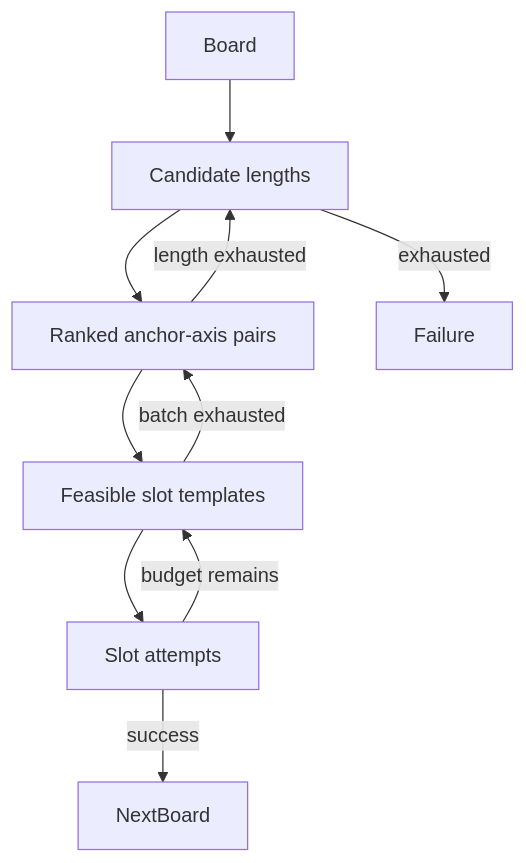
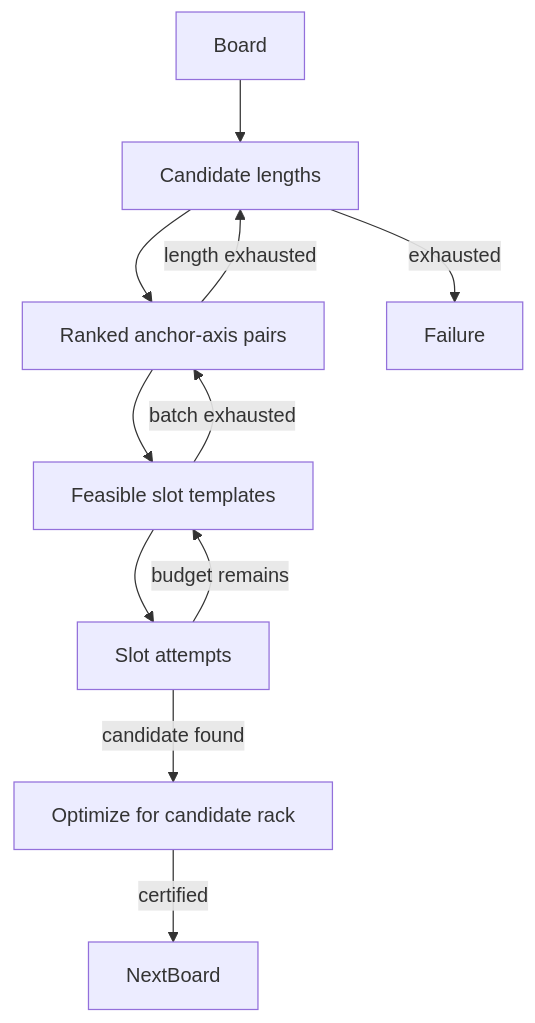
Before and after one commit to maximilian-armuss-dev/frabble: the diagram in docs/generation/search.md, drawn with Mermaid. The commit also changed other lines of this file and 35 other files, not shown here.

````diff
--- a/docs/generation/search.md
+++ b/docs/generation/search.md
@@ -7,12 +7,13 @@
 ```mermaid
 flowchart TD
     Board --> Lengths["Candidate lengths"]
     Lengths --> Anchors["Ranked anchor-axis pairs"]
     Anchors --> Templates["Feasible slot templates"]
     Templates --> Solver["Slot attempts"]
-    Solver -->|success| NextBoard
+    Solver -->|candidate found| Optimizer["Optimize for candidate rack"]
+    Optimizer -->|certified| NextBoard
     Solver -->|budget remains| Templates
     Templates -->|batch exhausted| Anchors
     Anchors -->|length exhausted| Lengths
     Lengths -->|exhausted| Failure
 ```
````
